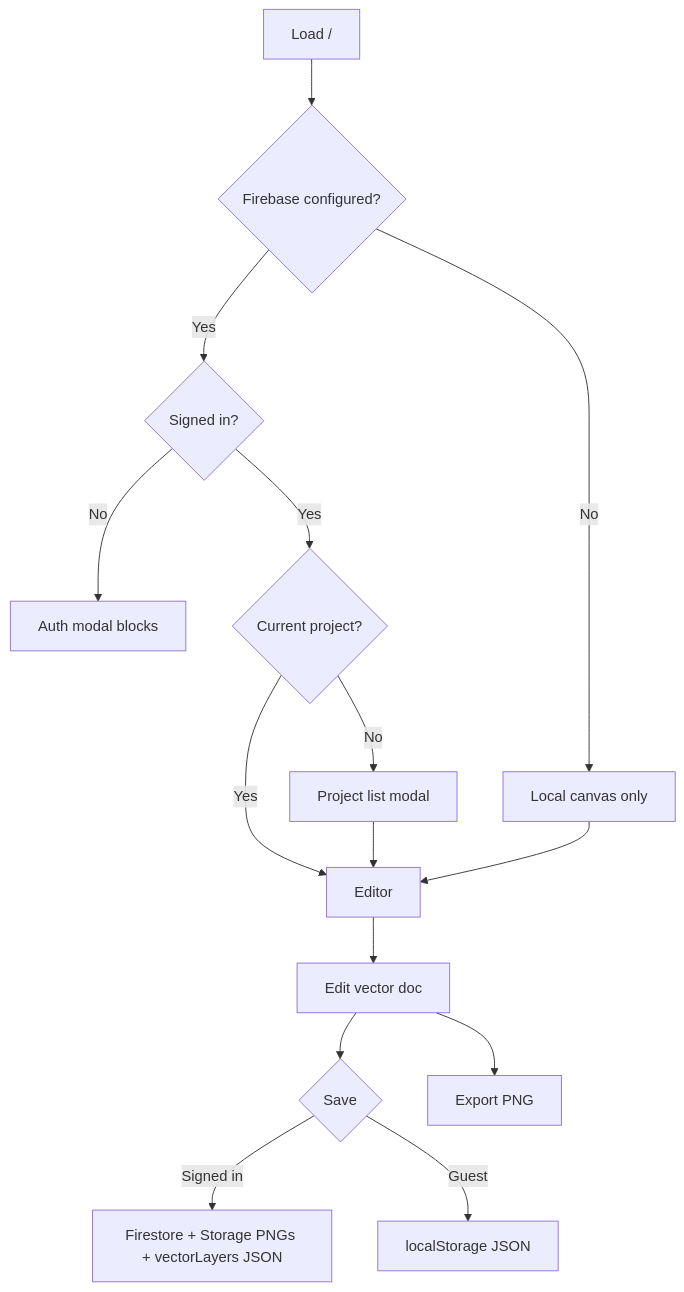
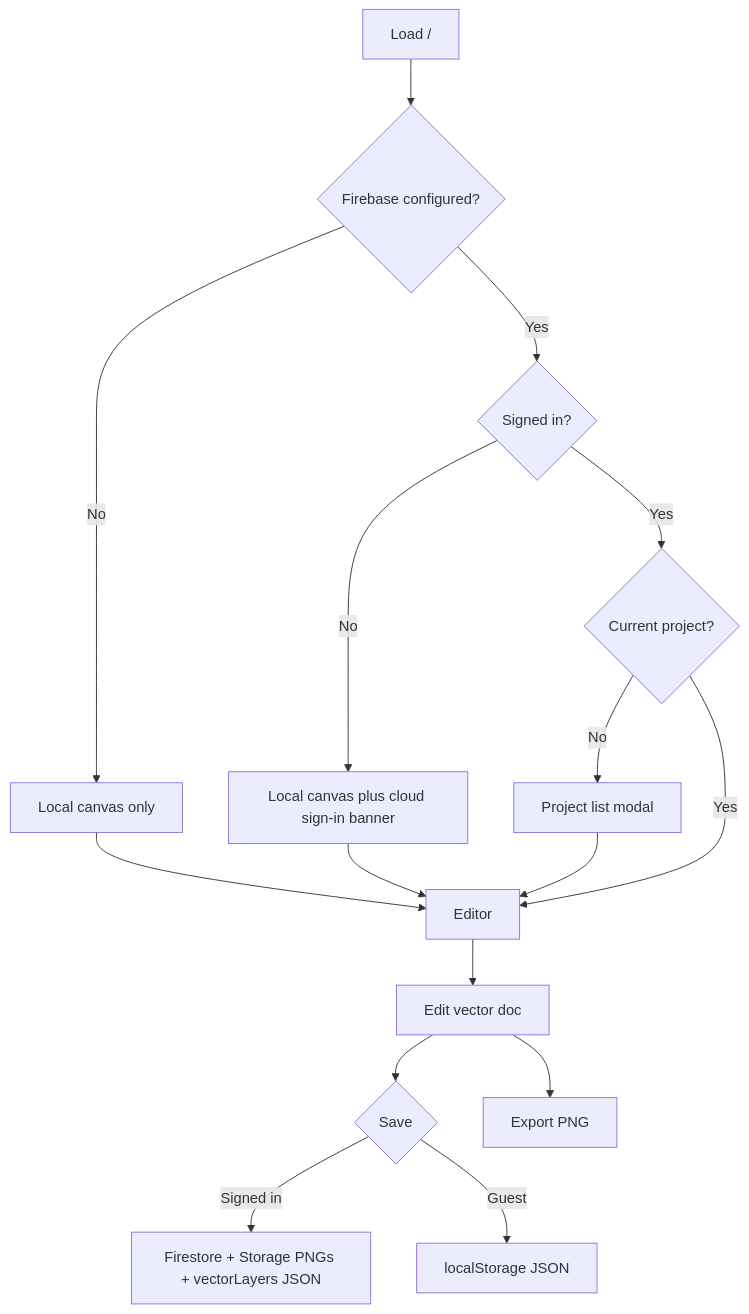
Before and after one commit to brown2020/openpaint: the diagram in spec.md, drawn with Mermaid. The commit also changed other lines of this file and 14 other files, not shown here.

````diff
--- a/spec.md
+++ b/spec.md
@@ -88,17 +88,18 @@
 ```mermaid
 flowchart TD
   A[Load /] --> B{Firebase configured?}
   B -->|No| C[Local canvas only]
   B -->|Yes| D{Signed in?}
-  D -->|No| E[Auth modal blocks]
+  D -->|No| E[Local canvas plus cloud sign-in banner]
   D -->|Yes| F{Current project?}
   F -->|No| G[Project list modal]
   F -->|Yes| H[Editor]
   G --> H
   C --> H
+  E --> H
   H --> I[Edit vector doc]
   I --> J{Save}
   J -->|Signed in| K[Firestore + Storage PNGs + vectorLayers JSON]
   J -->|Guest| L[localStorage JSON]
   I --> M[Export PNG]
 ```
````
